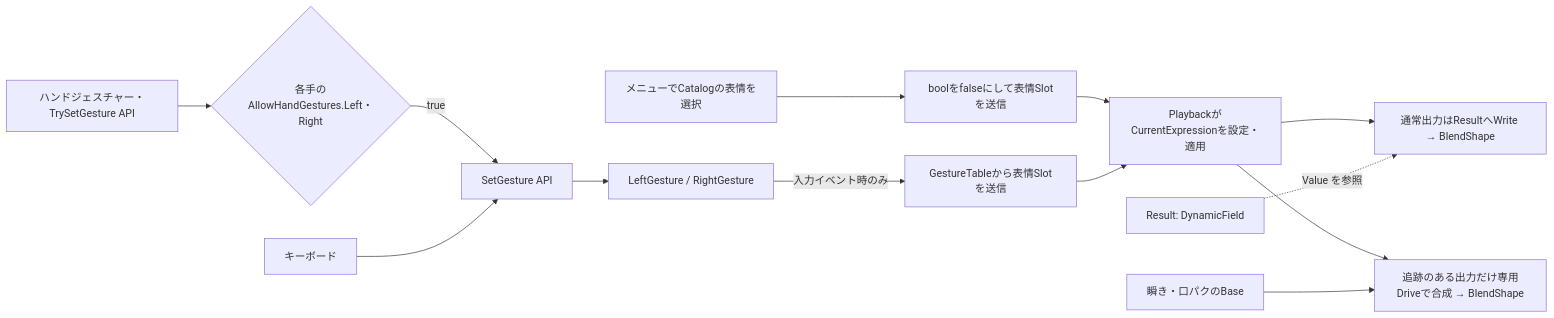
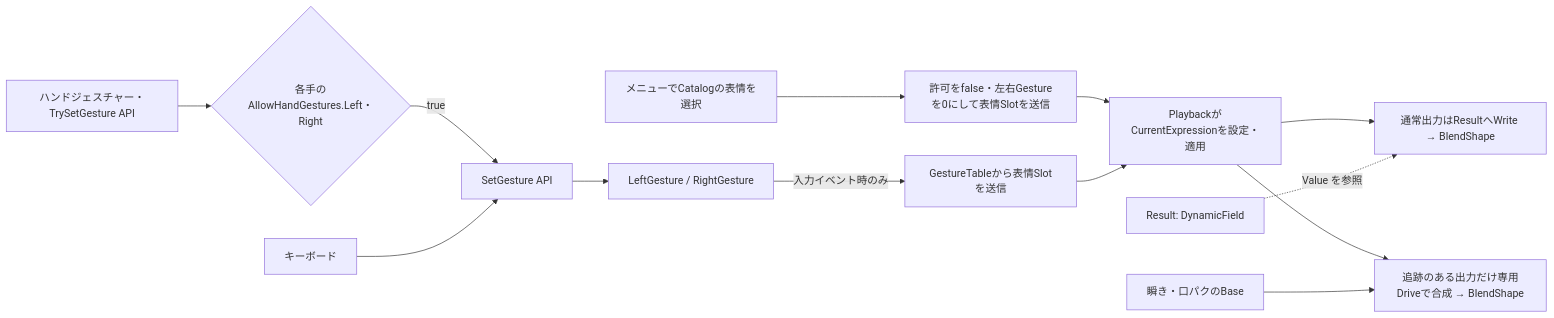
One commit to orange3134/VRMtoResonitePackage changed the diagram in docs/expression-system.md. Above: the diagram before and after it, drawn with Mermaid. The commit also changed other lines of this file and 10 other files, not shown here.

````diff
--- a/docs/expression-system.md
+++ b/docs/expression-system.md
@@ -223,15 +228,15 @@
 ```mermaid
 flowchart LR
     H[ハンドジェスチャー・TrySetGesture API] --> G{各手のAllowHandGestures.Left・Right}
     G -->|true| U[SetGesture API]
     K[キーボード] --> U
     U --> S[LeftGesture / RightGesture]
-    D[メニューでCatalogの表情を選択] --> T[boolをfalseにして表情Slotを送信]
+    D[メニューでCatalogの表情を選択] --> T[許可をfalse・左右Gestureを0にして表情Slotを送信]
     T --> R
     S -->|入力イベント時のみ| P[GestureTableから表情Slotを送信]
     P --> R[PlaybackがCurrentExpressionを設定・適用]
     R --> V[通常出力はResultへWrite → BlendShape]
     R --> Q[追跡のある出力だけ専用Driveで合成 → BlendShape]
     B[瞬き・口パクのBase] --> Q
     Result[Result: DynamicField] -. Value を参照 .-> V
 ```
````
